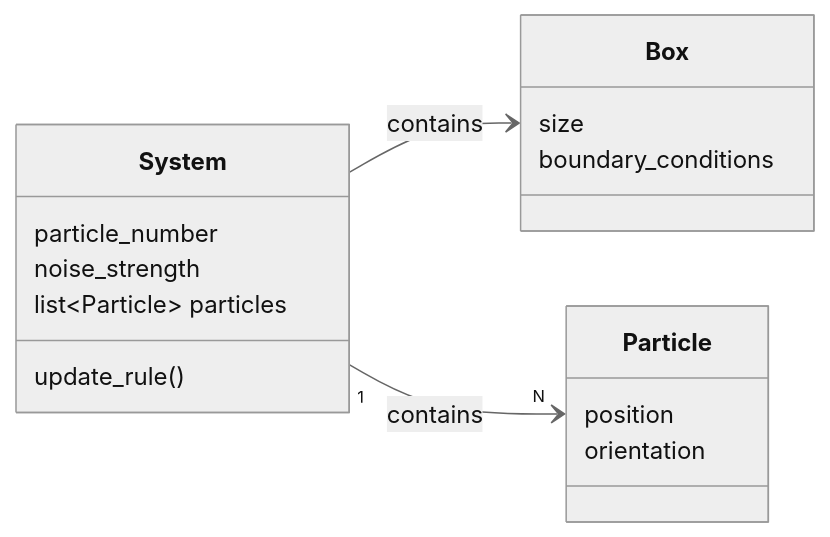
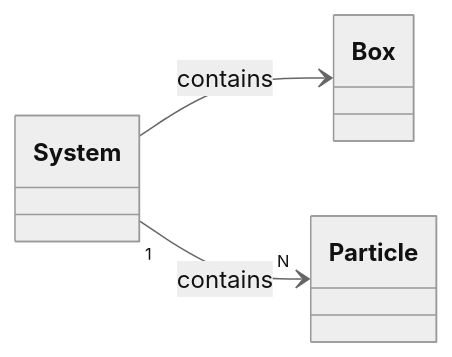
One commit to FTurci/oop-git changed the diagram in wp_oop/oop.qmd. Above: the diagram before and after it, drawn with Mermaid (neutral theme). The commit also changed other lines of this file and 27 other files, not shown here.

````diff
--- a/wp_oop/oop.qmd
+++ b/wp_oop/oop.qmd
@@ -89,24 +90,24 @@
 ```{mermaid}
 classDiagram
  direction LR
     class System{
-      particle_number
-      noise_strength
-      list~Particle~ particles
-      update_rule()
+      %% particle_number
+      %% noise_strength
+      %%list~Particle~ particles
+      %%update_rule()
   
     }
 
     class Box {
-        size
-        boundary_conditions
+        %%size
+        %%boundary_conditions
     }
 
     class Particle {
-        position
-        orientation
+        %%position
+        %%orientation
     }
   System --> Box : contains
   System "1" --> "N" Particle : contains
 
 ```
````
